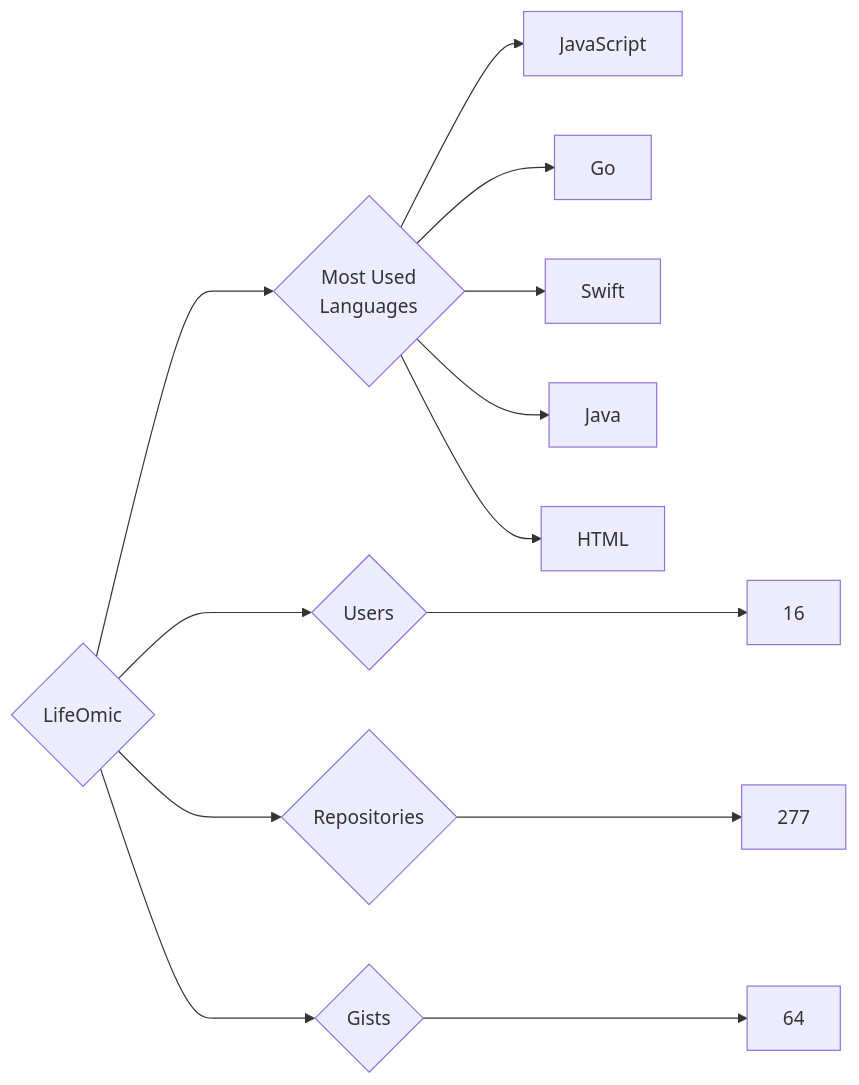
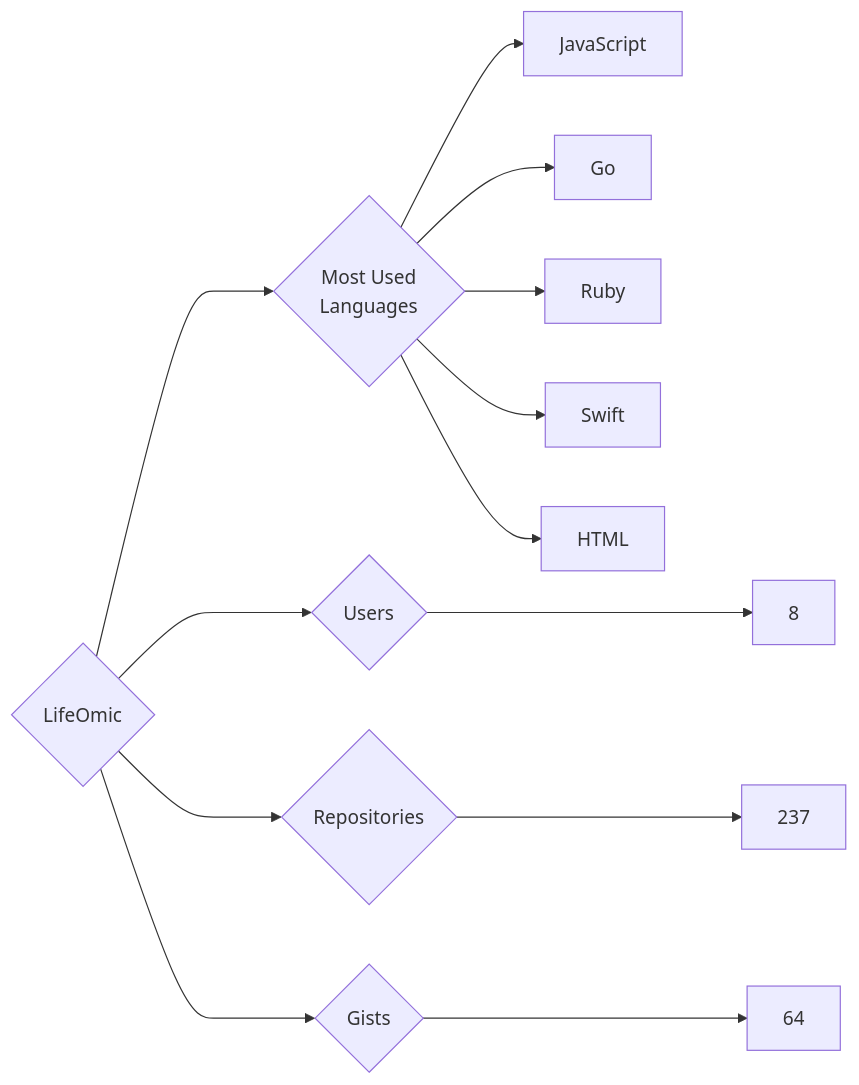
One commit to trickest/insiders changed the diagram in targets/LifeOmic/README.md. Above: the diagram before and after it, drawn with Mermaid. The commit also changed 873 other files, not shown here.

````diff
--- a/targets/LifeOmic/README.md
+++ b/targets/LifeOmic/README.md
@@ -3,13 +3,13 @@
 ```mermaid
 graph LR
 COMPANY_NAME{LifeOmic}
-COMPANY_NAME ---> U{Users} ---> UN[16]
-COMPANY_NAME ---> R{Repositories} ---> RN[277]
+COMPANY_NAME ---> U{Users} ---> UN[8]
+COMPANY_NAME ---> R{Repositories} ---> RN[237]
 COMPANY_NAME ---> G{Gists} ---> GN[64]
 COMPANY_NAME ---> ML{Most Used<br>Languages}
 ML --> JavaScript[JavaScript]
 ML --> Go[Go]
+ML --> Ruby[Ruby]
 ML --> Swift[Swift]
-ML --> Java[Java]
 ML --> HTML[HTML]
 ```
````
